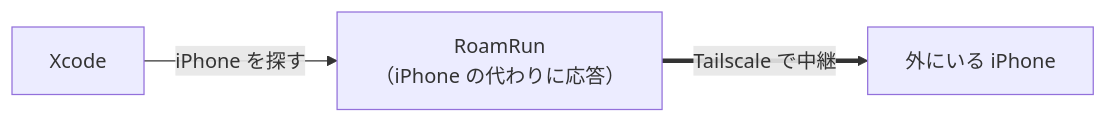
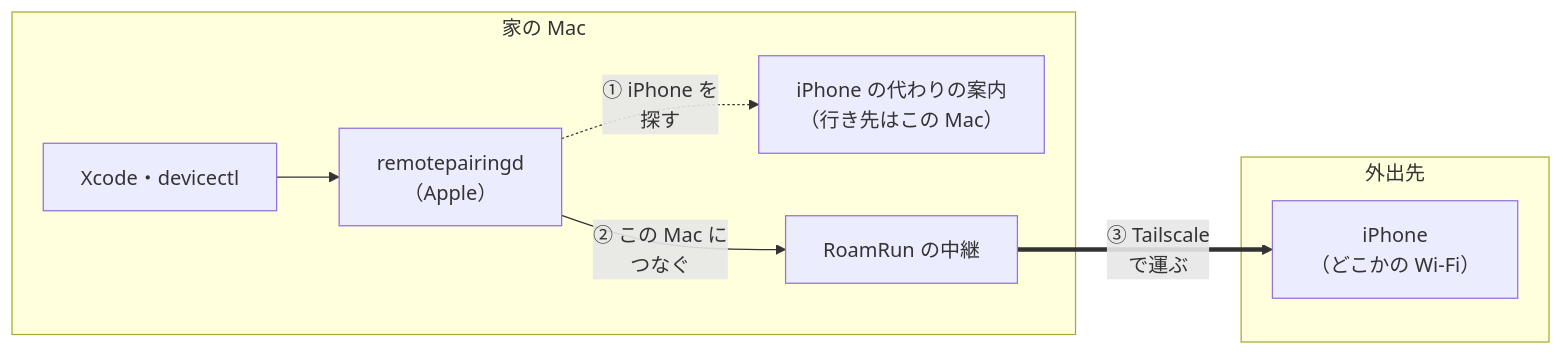
One commit to mh-mobile/zenn_docs changed the first of 13 diagrams in articles/4380fe7546a237.md. Above: the diagram before and after it, drawn with Mermaid. The commit also changed other lines of this file and 10 other files, not shown here.

````diff
--- a/articles/4380fe7546a237.md
+++ b/articles/4380fe7546a237.md
@@ -23,5 +25,14 @@
 ```mermaid
 flowchart LR
-  xcode["Xcode"] -- "iPhone を探す" --> rr["RoamRun<br/>（iPhone の代わりに応答）"]
-  rr == "Tailscale で中継" ==> iphone["外にいる iPhone"]
+  subgraph mac["家の Mac"]
+    xcode["Xcode・devicectl"] --> rpd["remotepairingd<br/>（Apple）"]
+    fake["iPhone の代わりの案内<br/>（行き先はこの Mac）"]
+    relay["RoamRun の中継"]
+  end
+  subgraph away["外出先"]
+    iphone["iPhone<br/>（どこかの Wi-Fi）"]
+  end
+  rpd -. "① iPhone を<br/>探す" .-> fake
+  rpd -- "② この Mac に<br/>つなぐ" --> relay
+  relay == "③ Tailscale<br/>で運ぶ" ==> iphone
 ```
````
